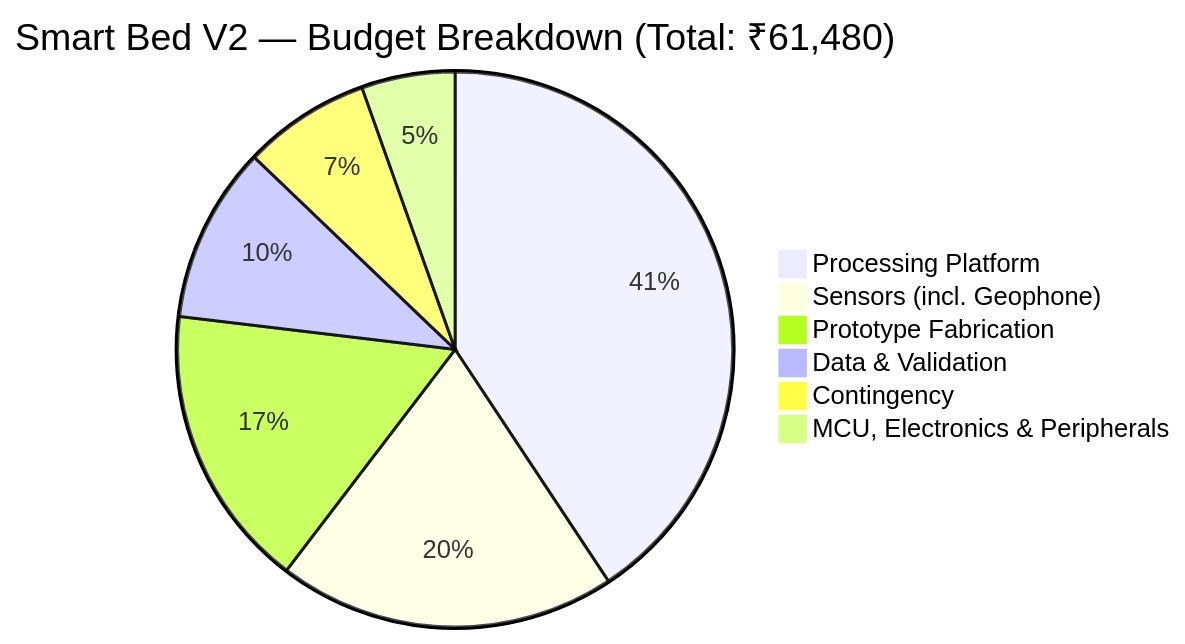
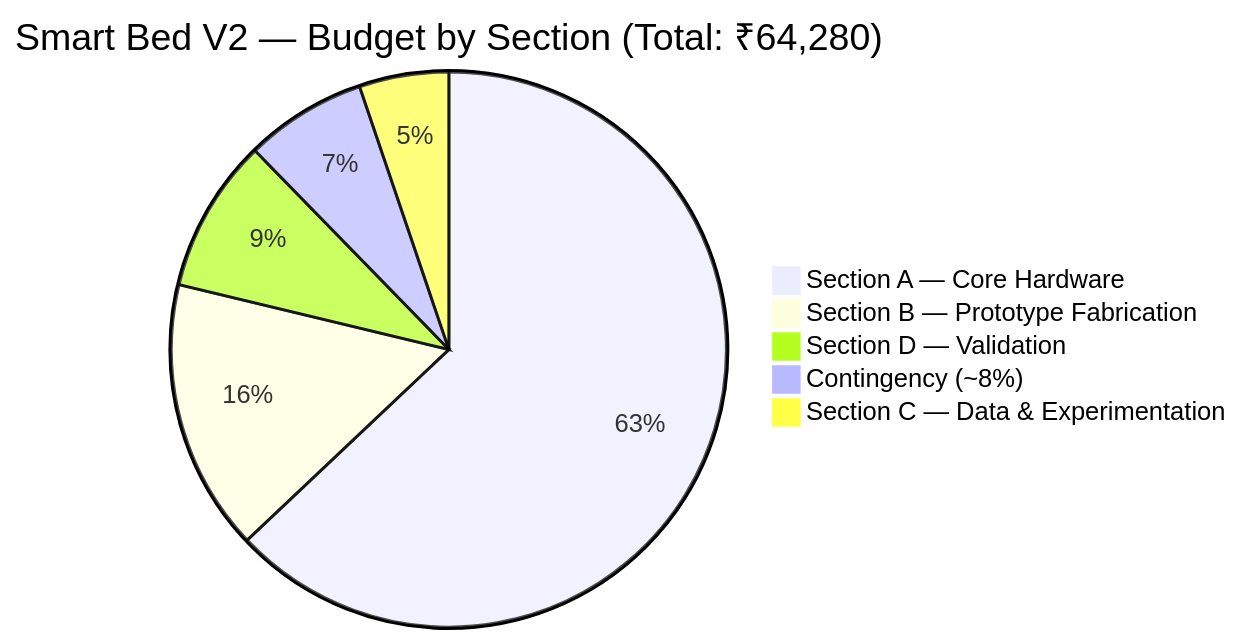
Before and after one commit to Stark6612/SmartBed: the diagram in Presentation Content/Budget_Slide_Content.md, drawn with Mermaid. The commit also changed other lines of this file and 3 other files, not shown here.

Commit message:
Align Budget Slide Content and presentation diagrams with ItemizedBudget.md sections

````diff
--- a/Presentation Content/Budget_Slide_Content.md
+++ b/Presentation Content/Budget_Slide_Content.md
@@ -25,9 +26,8 @@
 ```mermaid
-pie title Smart Bed V2 — Budget Breakdown (Total: ₹61,480)
-    "Processing Platform" : 25020
-    "Sensors (incl. Geophone)" : 12100
-    "Prototype Fabrication" : 10160
-    "Data & Validation" : 6300
-    "Contingency" : 4555
-    "MCU, Electronics & Peripherals" : 3345
+pie title Smart Bed V2 — Budget by Section (Total: ₹64,280)
+    "Section A — Core Hardware" : 40465
+    "Section B — Prototype Fabrication" : 10160
+    "Section D — Validation" : 5750
+    "Contingency (~8%)" : 4555
+    "Section C — Data & Experimentation" : 3350
 ```
````
